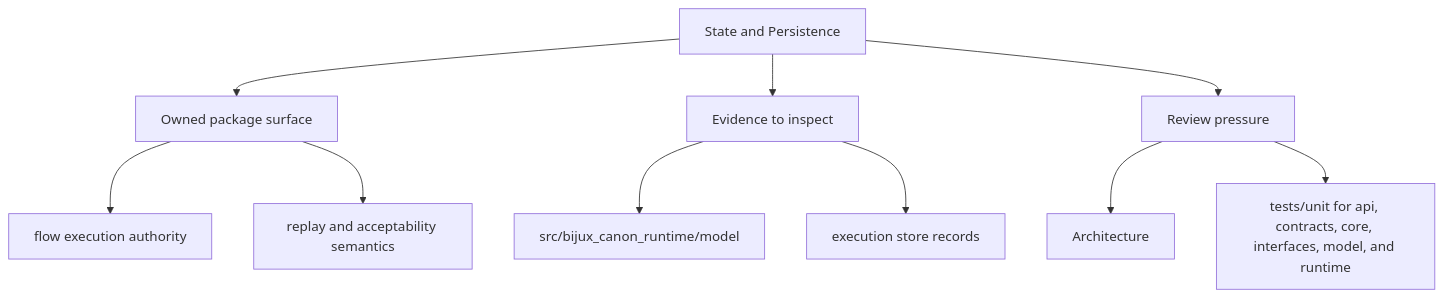
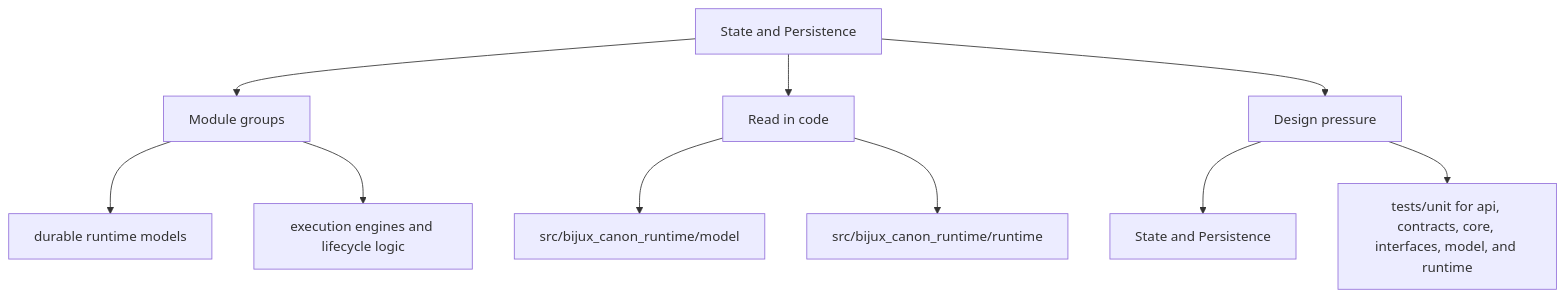
The second of 2 diagrams in docs/bijux-canon-runtime/architecture/state-and-persistence.md (bijux/bijux-canon), drawn with Mermaid before and after one commit. The commit also changed other lines of this file and 250 other files, not shown here.

Commit message:
docs(diagrams): make product page maps more readable

````diff
--- a/docs/bijux-canon-runtime/architecture/state-and-persistence.md
+++ b/docs/bijux-canon-runtime/architecture/state-and-persistence.md
@@ -35,22 +35,22 @@
 ```mermaid
 flowchart TD
     page["State and Persistence"]
-    focus1["Owned package surface"]
+    focus1["Module groups"]
     page --> focus1
-    focus1_1["flow execution authority"]
+    focus1_1["durable runtime models"]
     focus1 --> focus1_1
-    focus1_2["replay and acceptability semantics"]
+    focus1_2["execution engines and lifecycle logic"]
     focus1 --> focus1_2
-    focus2["Evidence to inspect"]
+    focus2["Read in code"]
     page --> focus2
     focus2_1["src/bijux_canon_runtime/model"]
     focus2 --> focus2_1
-    focus2_2["execution store records"]
+    focus2_2["src/bijux_canon_runtime/runtime"]
     focus2 --> focus2_2
-    focus3["Review pressure"]
+    focus3["Design pressure"]
     page --> focus3
-    focus3_1["Architecture"]
+    focus3_1["State and Persistence"]
     focus3 --> focus3_1
     focus3_2["tests/unit for api, contracts, core, interfaces, model, and runtime"]
     focus3 --> focus3_2
 ```
````
